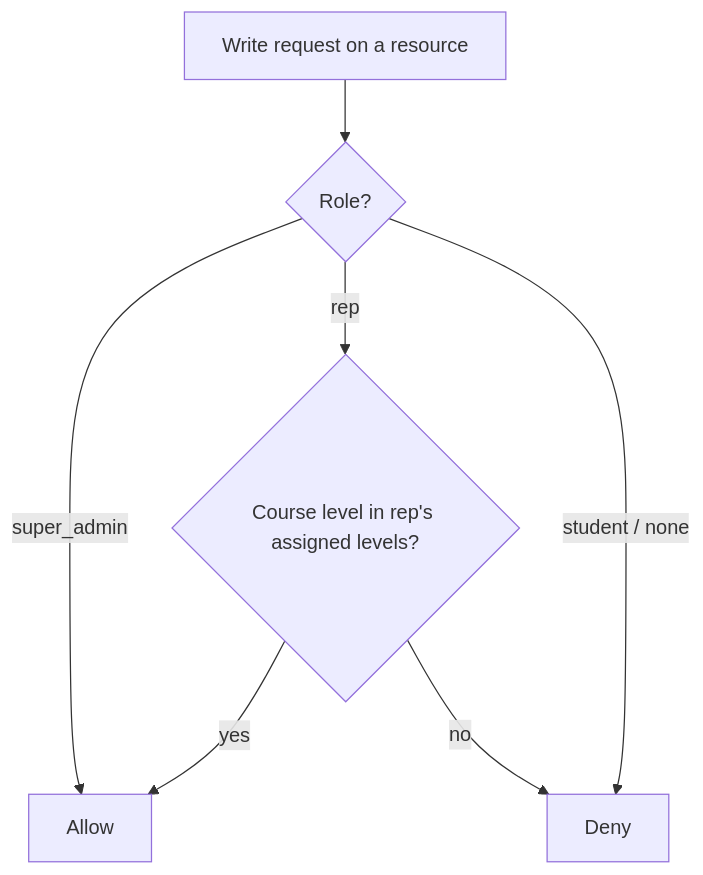
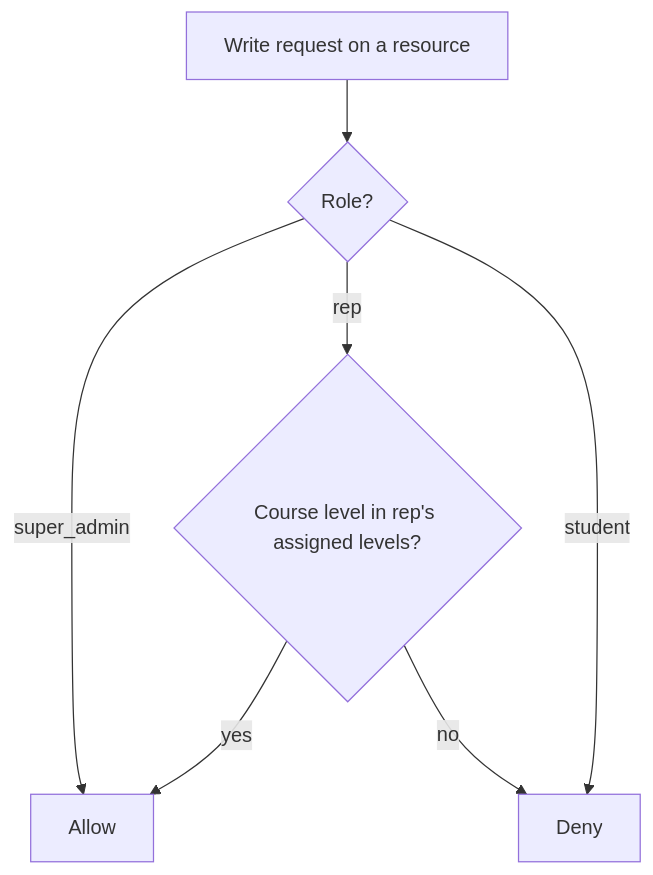
The first of 7 diagrams in CS-Resource-Hub-Design.md (Memuna1Lukman/CS-project), drawn with Mermaid before and after one commit. The commit also changed other lines of this file, not shown here.

````diff
--- a/CS-Resource-Hub-Design.md
+++ b/CS-Resource-Hub-Design.md
@@ -54,9 +65,9 @@
 ```mermaid
 flowchart TD
     W[Write request on a resource] --> R{Role?}
     R -->|super_admin| Allow[Allow]
     R -->|rep| Scope{Course level in rep's assigned levels?}
-    R -->|student / none| Deny[Deny]
+    R -->|student| Deny[Deny]
     Scope -->|yes| Allow
     Scope -->|no| Deny
 ```
````
